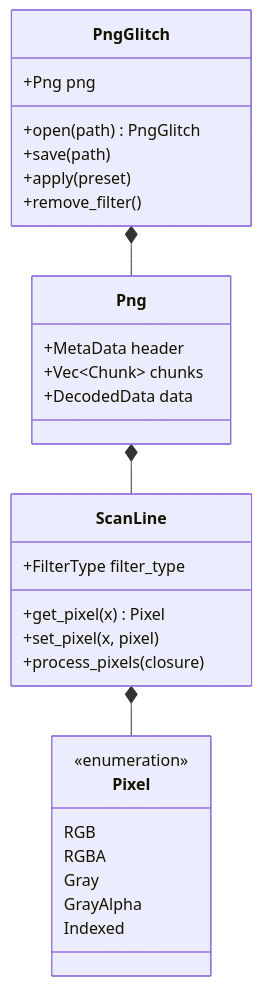
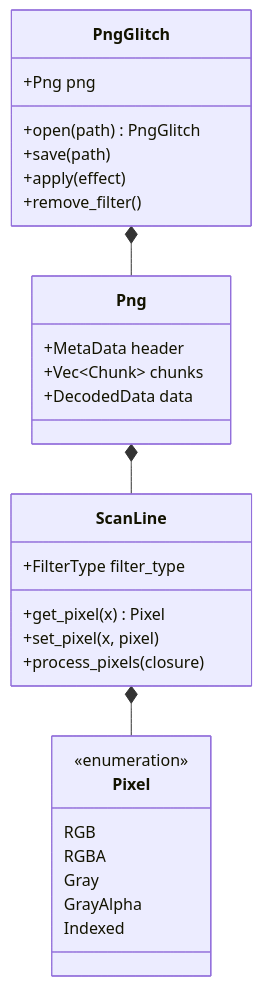
The diagram in crates/png-glitch/README.md (chikoski/png-glitch), drawn with Mermaid before and after one commit. The commit also changed other lines of this file and 7 other files, not shown here.

````diff
--- a/crates/png-glitch/README.md
+++ b/crates/png-glitch/README.md
@@ -15,32 +15,32 @@
 ```mermaid
 classDiagram
     class PngGlitch {
         +Png png
         +open(path) PngGlitch
         +save(path)
-        +apply(preset)
+        +apply(effect)
         +remove_filter()
     }
     class Png {
         +MetaData header
         +Vec~Chunk~ chunks
         +DecodedData data
     }
     class ScanLine {
         +FilterType filter_type
         +get_pixel(x) Pixel
         +set_pixel(x, pixel)
         +process_pixels(closure)
     }
     class Pixel {
         <<enumeration>>
         RGB
         RGBA
         Gray
         GrayAlpha
         Indexed
     }
     PngGlitch *-- Png
     Png *-- ScanLine
     ScanLine *-- Pixel
 ```
````
